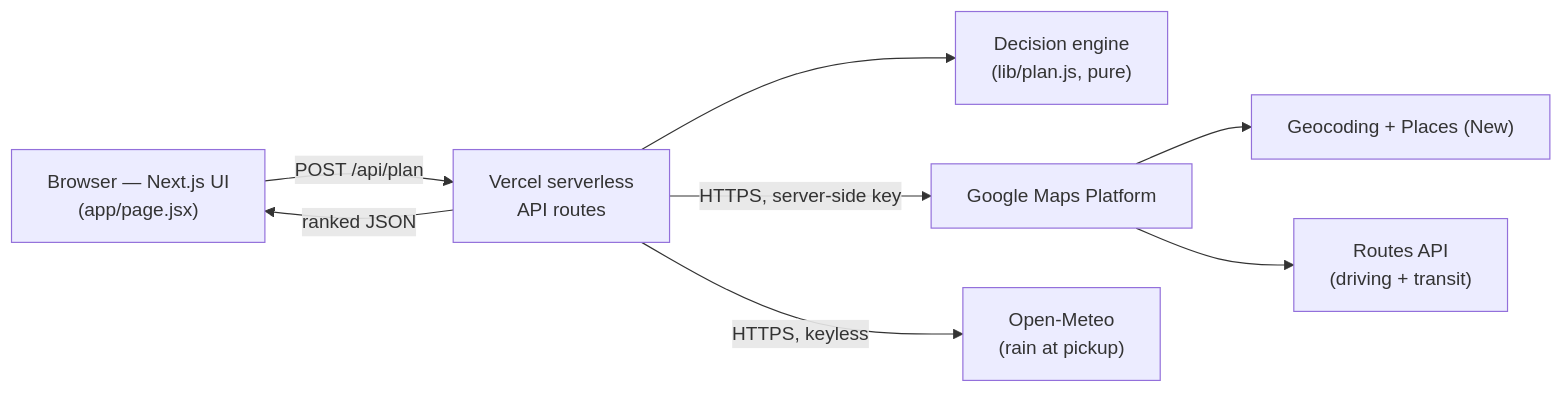
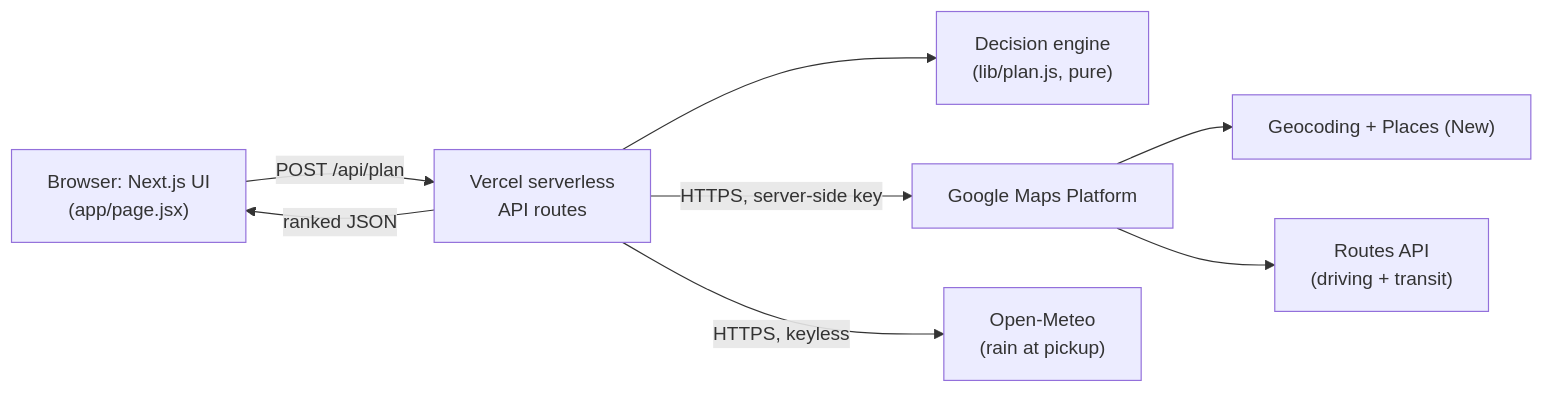
Before and after one commit to anvitakodru/FareWise: the first of 2 diagrams in architecture.md, drawn with Mermaid. The commit also changed other lines of this file and 6 other files, not shown here.

````diff
--- a/architecture.md
+++ b/architecture.md
@@ -9,10 +9,10 @@
 ```mermaid
 flowchart LR
-    B["Browser — Next.js UI<br/>(app/page.jsx)"] -->|"POST /api/plan"| V["Vercel serverless<br/>API routes"]
+    B["Browser: Next.js UI<br/>(app/page.jsx)"] -->|"POST /api/plan"| V["Vercel serverless<br/>API routes"]
     V --> E["Decision engine<br/>(lib/plan.js, pure)"]
     V -->|"HTTPS, server-side key"| GM["Google Maps Platform"]
     GM --> GEO["Geocoding + Places (New)"]
     GM --> RT["Routes API<br/>(driving + transit)"]
     V -->|"HTTPS, keyless"| WX["Open-Meteo<br/>(rain at pickup)"]
     V -->|"ranked JSON"| B
 ```
````
